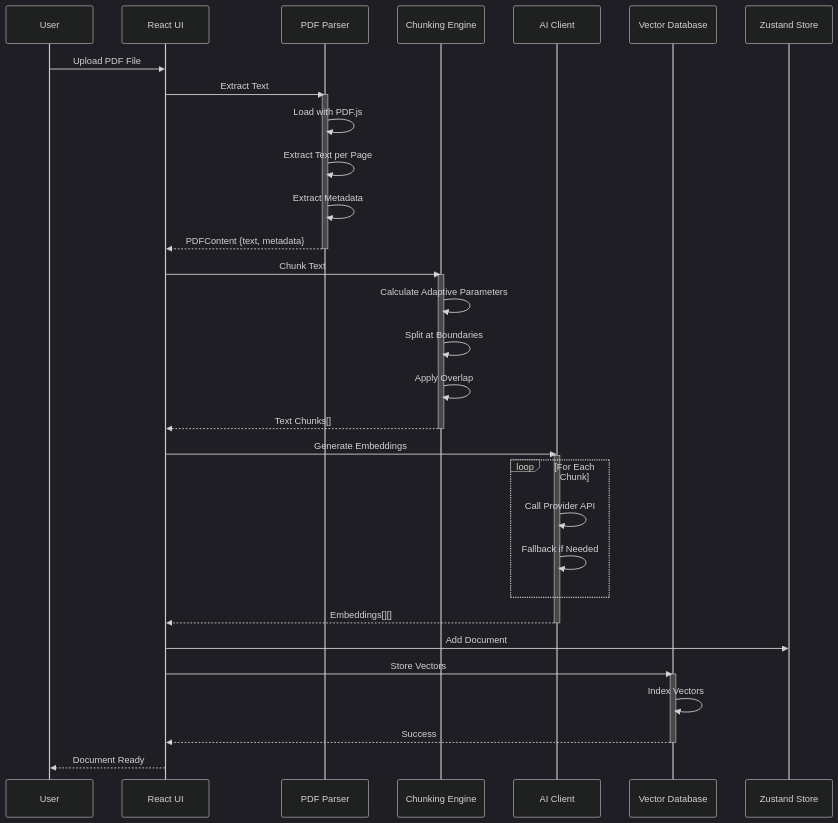
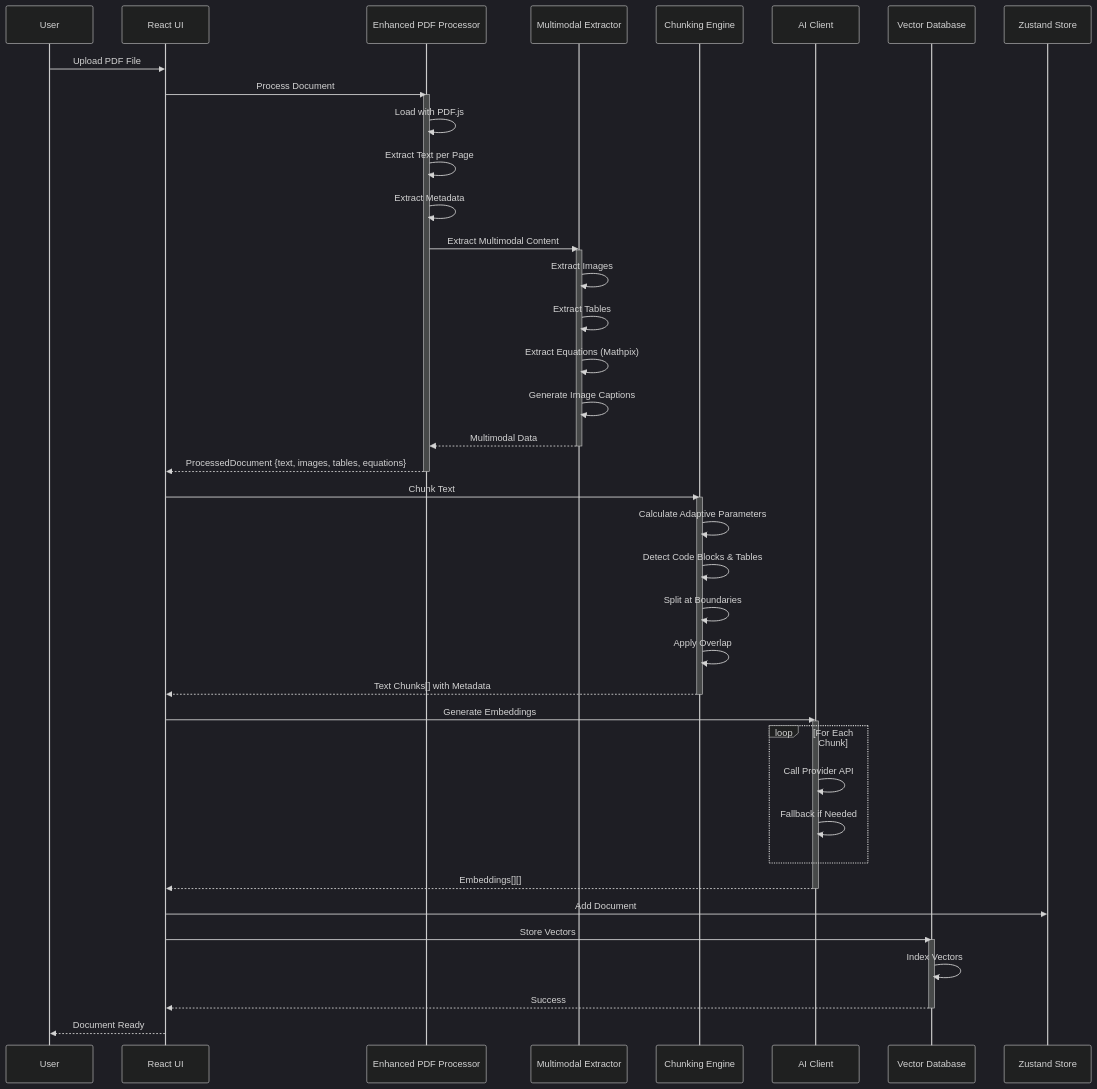
The fifth of 16 diagrams in docs/ARCHITECTURE_FLOWS.md (Kedhareswer/QuantumPDF_ChatApp_VectorDB), drawn with Mermaid (dark theme) before and after one commit. The commit also changed other lines of this file and 58 other files, not shown here.

````diff
--- a/docs/ARCHITECTURE_FLOWS.md
+++ b/docs/ARCHITECTURE_FLOWS.md
@@ -212,49 +259,58 @@
 ```mermaid
 sequenceDiagram
     participant User
     participant UI as React UI
-    participant PDF as PDF Parser
+    participant PDF as Enhanced PDF Processor
+    participant MULTI as Multimodal Extractor
     participant CHUNK as Chunking Engine
     participant AI as AI Client
     participant VDB as Vector Database
     participant STORE as Zustand Store
 
     User->>UI: Upload PDF File
-    UI->>PDF: Extract Text
+    UI->>PDF: Process Document
 
     activate PDF
     PDF->>PDF: Load with PDF.js
     PDF->>PDF: Extract Text per Page
     PDF->>PDF: Extract Metadata
-    PDF-->>UI: PDFContent {text, metadata}
+    PDF->>MULTI: Extract Multimodal Content
+    
+    activate MULTI
+    MULTI->>MULTI: Extract Images
+    MULTI->>MULTI: Extract Tables
+    MULTI->>MULTI: Extract Equations (Mathpix)
+    MULTI->>MULTI: Generate Image Captions
+    MULTI-->>PDF: Multimodal Data
+    deactivate MULTI
+    
+    PDF-->>UI: ProcessedDocument {text, images, tables, equations}
     deactivate PDF
 
     UI->>CHUNK: Chunk Text
-
     activate CHUNK
     CHUNK->>CHUNK: Calculate Adaptive Parameters
+    CHUNK->>CHUNK: Detect Code Blocks & Tables
     CHUNK->>CHUNK: Split at Boundaries
     CHUNK->>CHUNK: Apply Overlap
-    CHUNK-->>UI: Text Chunks[]
+    CHUNK-->>UI: Text Chunks[] with Metadata
     deactivate CHUNK
 
     UI->>AI: Generate Embeddings
-
     activate AI
     loop For Each Chunk
         AI->>AI: Call Provider API
         AI->>AI: Fallback if Needed
     end
     AI-->>UI: Embeddings[][]
     deactivate AI
 
     UI->>STORE: Add Document
     UI->>VDB: Store Vectors
-
     activate VDB
     VDB->>VDB: Index Vectors
     VDB-->>UI: Success
     deactivate VDB
 
     UI-->>User: Document Ready
 ```
````
